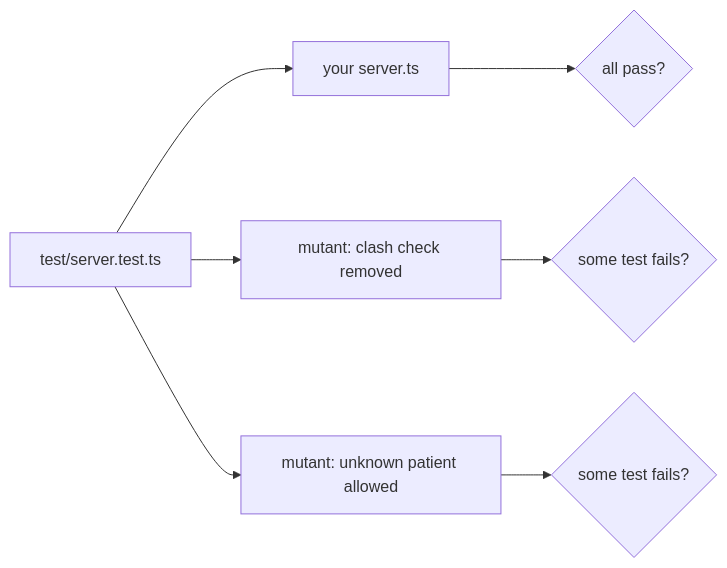
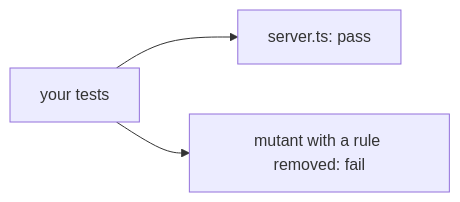
Before and after one commit to learnwithparam/mcp-workshop: the diagram in parts/02-pick-the-right-tool/06-test-the-server/problem/README.md, drawn with Mermaid. The commit also changed other lines of this file and 153 other files, not shown here.

````diff
--- a/parts/02-pick-the-right-tool/06-test-the-server/problem/README.md
+++ b/parts/02-pick-the-right-tool/06-test-the-server/problem/README.md
@@ -16,9 +7,5 @@
 ```mermaid
 flowchart LR
-  T[test/server.test.ts] --> A[your server.ts]
-  A --> P{all pass?}
-  T --> M1[mutant: clash check removed]
-  T --> M2[mutant: unknown patient allowed]
-  M1 --> F1{some test fails?}
-  M2 --> F2{some test fails?}
+  T[your tests] --> A[server.ts: pass]
+  T --> M[mutant with a rule removed: fail]
 ```
````
